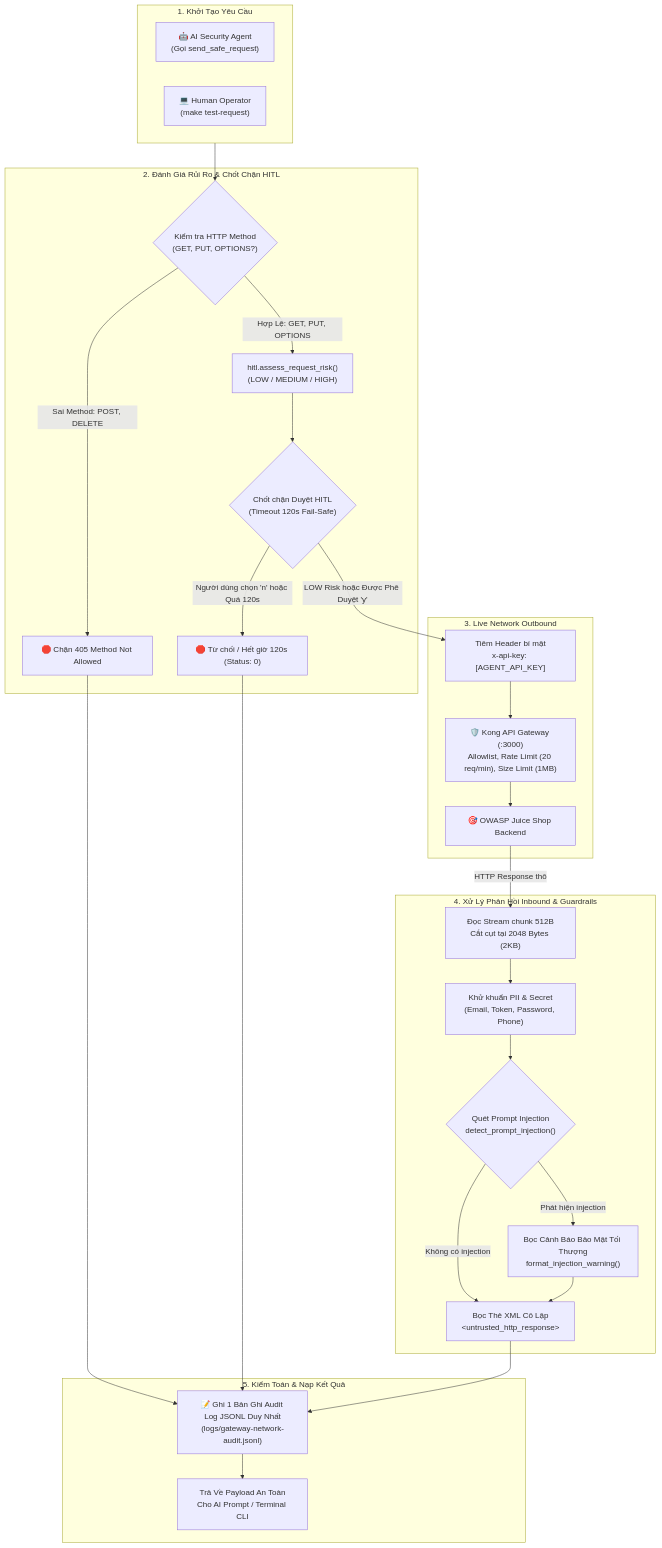
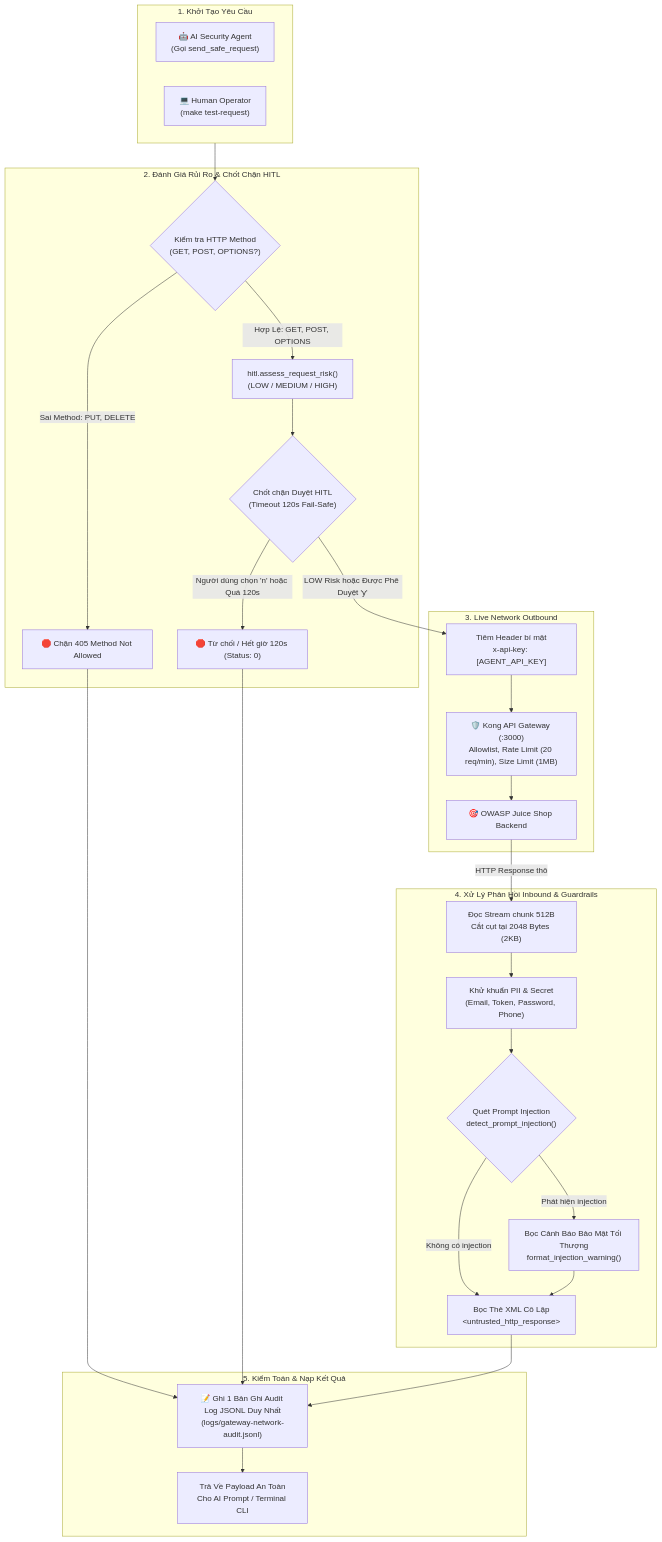
The diagram in docs/reports/week4/week-4-safe-requester-hitl-report.md (HuanNT03/2026-08-22_NguyenTienHuan_Week6), drawn with Mermaid before and after one commit. The commit also changed other lines of this file and 2 other files, not shown here.

Commit message:
docs: update safe requester allowed HTTP methods to GET, POST, and OPTIONS across reports

````diff
--- a/docs/reports/week4/week-4-safe-requester-hitl-report.md
+++ b/docs/reports/week4/week-4-safe-requester-hitl-report.md
@@ -18,51 +18,51 @@
 ```mermaid
 flowchart TD
     subgraph Trigger [1. Khởi Tạo Yêu Cầu]
         Agent["🤖 AI Security Agent<br/>(Gọi send_safe_request)"]
         CLI["💻 Human Operator<br/>(make test-request)"]
     end
 
     subgraph PreExecution [2. Đánh Giá Rủi Ro & Chốt Chặn HITL]
-        MethodCheck{"Kiểm tra HTTP Method<br/>(GET, PUT, OPTIONS?)"}
+        MethodCheck{"Kiểm tra HTTP Method<br/>(GET, POST, OPTIONS?)"}
         RiskEval["hitl.assess_request_risk()<br/>(LOW / MEDIUM / HIGH)"]
         HITLPrompt{"Chốt chặn Duyệt HITL<br/>(Timeout 120s Fail-Safe)"}
         Block405["🛑 Chặn 405 Method Not Allowed"]
         RejectHitl["🛑 Từ chối / Hết giờ 120s (Status: 0)"]
     end
 
     subgraph NetworkOutbound [3. Live Network Outbound]
         SecretInject["Tiêm Header bí mật<br/>x-api-key: [AGENT_API_KEY]"]
         KongGateway["🛡️ Kong API Gateway (:3000)<br/>Allowlist, Rate Limit (20 req/min), Size Limit (1MB)"]
         JuiceShop["🎯 OWASP Juice Shop Backend"]
     end
 
     subgraph InboundStream [4. Xử Lý Phản Hồi Inbound & Guardrails]
         ChunkRead["Đọc Stream chunk 512B<br/>Cắt cụt tại 2048 Bytes (2KB)"]
         MaskPII["Khử khuẩn PII & Secret<br/>(Email, Token, Password, Phone)"]
         ScanInjection{"Quét Prompt Injection<br/>detect_prompt_injection()"}
         WrapUntrusted["Bọc Thẻ XML Cô Lập<br/>&lt;untrusted_http_response&gt;"]
         WrapWarning["Bọc Cảnh Báo Bảo Mật Tối Thượng<br/>format_injection_warning()"]
     end
 
     subgraph AuditAndReturn [5. Kiểm Toán & Nạp Kết Quả]
         AuditLogger["📝 Ghi 1 Bản Ghi Audit Log JSONL Duy Nhất<br/>(logs/gateway-network-audit.jsonl)"]
         ReturnSafe["Trả Về Payload An Toàn<br/>Cho AI Prompt / Terminal CLI"]
     end
 
     Trigger --> MethodCheck
-    MethodCheck -->|Sai Method: POST, DELETE| Block405 --> AuditLogger
-    MethodCheck -->|Hợp Lệ: GET, PUT, OPTIONS| RiskEval --> HITLPrompt
+    MethodCheck -->|Sai Method: PUT, DELETE| Block405 --> AuditLogger
+    MethodCheck -->|Hợp Lệ: GET, POST, OPTIONS| RiskEval --> HITLPrompt
     
     HITLPrompt -->|Người dùng chọn 'n' hoặc Quá 120s| RejectHitl --> AuditLogger
     HITLPrompt -->|LOW Risk hoặc Được Phê Duyệt 'y'| SecretInject
     
     SecretInject --> KongGateway --> JuiceShop
     JuiceShop -->|HTTP Response thô| ChunkRead
     
     ChunkRead --> MaskPII --> ScanInjection
     ScanInjection -->|Không có injection| WrapUntrusted
     ScanInjection -->|Phát hiện injection| WrapWarning --> WrapUntrusted
     
     WrapUntrusted --> AuditLogger
     AuditLogger --> ReturnSafe
 ```
````
